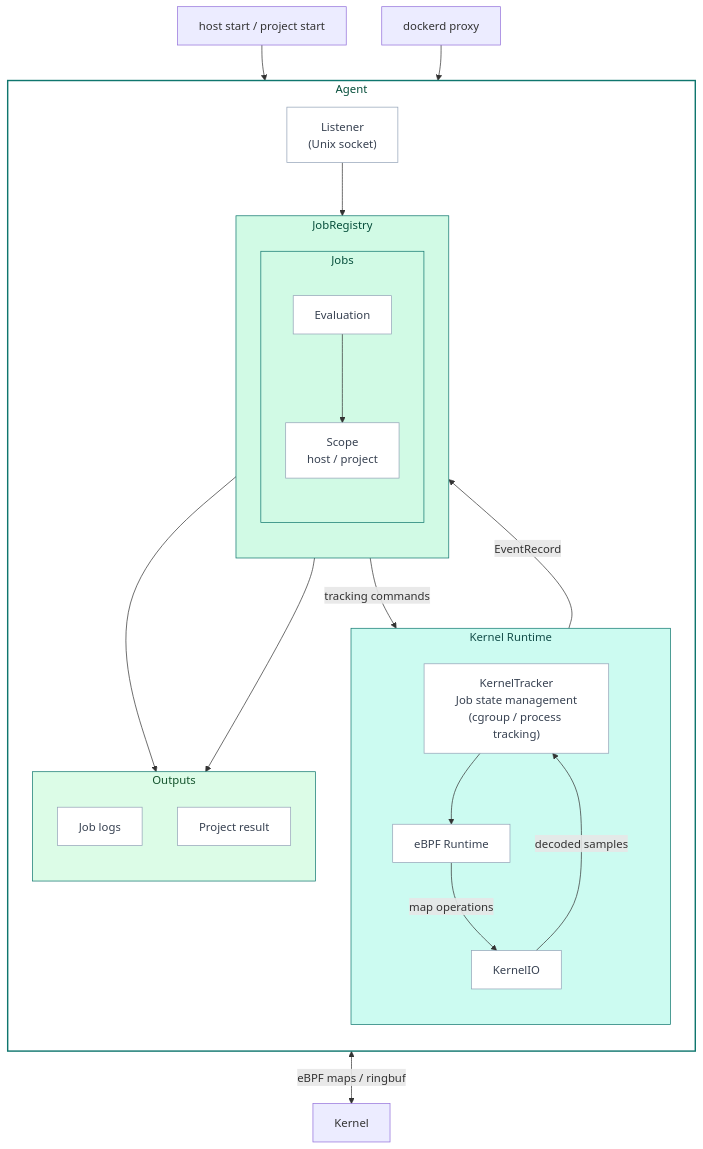
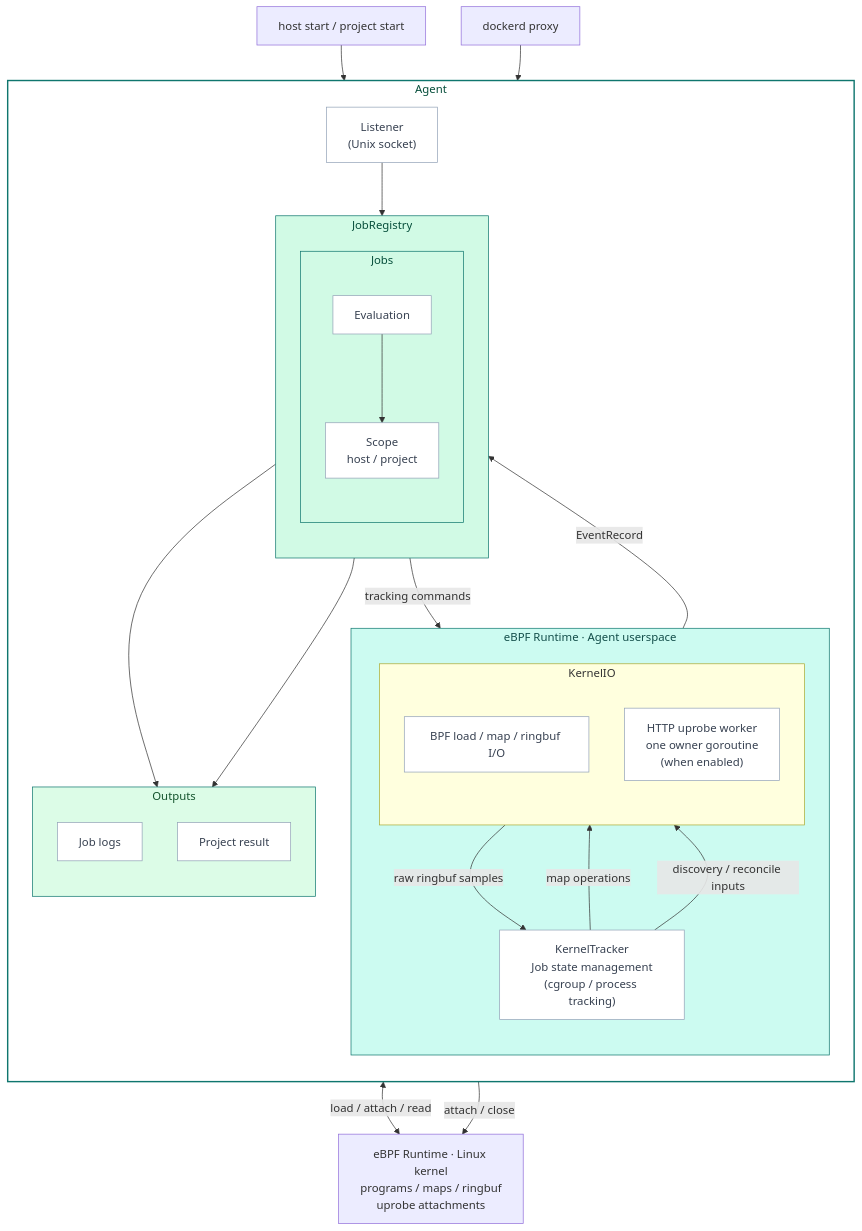
Before and after one commit to cicd-sensor/cicd-sensor: the diagram in docs/developer-guide/agent.md, drawn with Mermaid. The commit also changed other lines of this file and 5 other files, not shown here.

First line of the commit message:
docs: document HTTP uprobe coverage and lifecycle (#162)

````diff
--- a/docs/developer-guide/agent.md
+++ b/docs/developer-guide/agent.md
@@ -10,58 +10,62 @@
 ```mermaid
 flowchart TB
     START["host start / project start"]
     PROXY["dockerd proxy"]
 
     subgraph A["Agent"]
         direction TB
         L["Listener<br/>(Unix socket)"]
 
         subgraph JR["JobRegistry"]
             direction TB
             subgraph JOBS["Jobs"]
                 direction TB
                 EVAL["Evaluation"]
                 SCOPE["Scope<br/>host / project"]
             end
         end
 
-        subgraph KR["Kernel Runtime"]
+        subgraph KR["eBPF Runtime · Agent userspace"]
             direction TB
             KT["KernelTracker<br/>Job state management<br/>(cgroup / process tracking)"]
-            EBPF["eBPF Runtime"]
-            KIO["KernelIO"]
-            KT --> EBPF
-            EBPF -->|"map operations"| KIO
-            KIO -->|"decoded samples"| KT
+            subgraph KIO["KernelIO"]
+                direction TB
+                BIO["BPF load / map / ringbuf I/O"]
+                UPROBE["HTTP uprobe worker<br/>one owner goroutine<br/>(when enabled)"]
+            end
+            KT -->|"map operations"| BIO
+            BIO -->|"raw ringbuf samples"| KT
+            KT -->|"discovery / reconcile inputs"| UPROBE
         end
 
         subgraph OUT["Outputs"]
             direction TB
             LOGS["Job logs"]
             RESULT["Project result"]
         end
     end
 
-    K["Kernel"]
+    K["eBPF Runtime · Linux kernel<br/>programs / maps / ringbuf<br/>uprobe attachments"]
 
     START --> L
     PROXY --> L
     L --> JOBS
     KT -->|"EventRecord"| EVAL
     EVAL --> SCOPE
     JR -->|"tracking commands"| KT
-    KIO <-->|"eBPF maps / ringbuf"| K
+    BIO <-->|"load / attach / read"| K
+    UPROBE -->|"attach / close"| K
     SCOPE --> LOGS
     SCOPE --> RESULT
 
     classDef agentOuter fill:transparent,stroke:#0f766e,color:#064e3b,stroke-width:2px;
     classDef registry   fill:#d1fae5,stroke:#0f766e,color:#064e3b,stroke-width:1px;
     classDef kernel     fill:#ccfbf1,stroke:#0f766e,color:#134e4a,stroke-width:1px;
     classDef outputs    fill:#dcfce7,stroke:#0f766e,color:#14532d,stroke-width:1px;
     classDef leaf       fill:#ffffff,stroke:#94a3b8,color:#374151,stroke-width:1px;
     class A agentOuter
     class JR,JOBS registry
     class KR kernel
     class OUT outputs
-    class L,EVAL,SCOPE,KT,EBPF,KIO,LOGS,RESULT leaf
+    class L,EVAL,SCOPE,KT,BIO,UPROBE,LOGS,RESULT leaf
 ```
````
